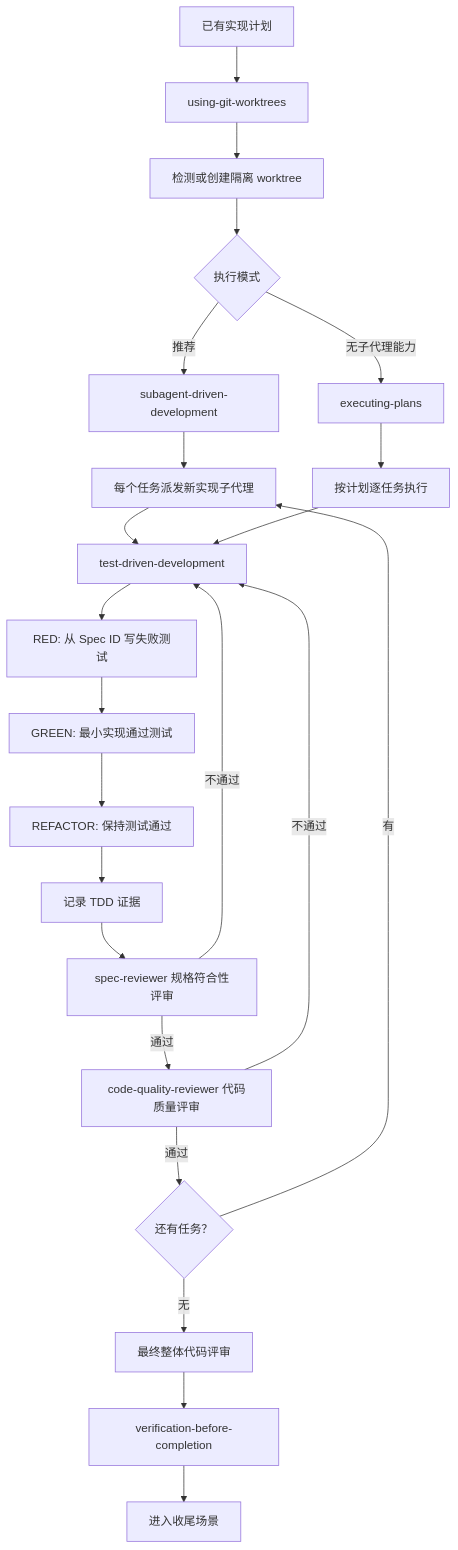
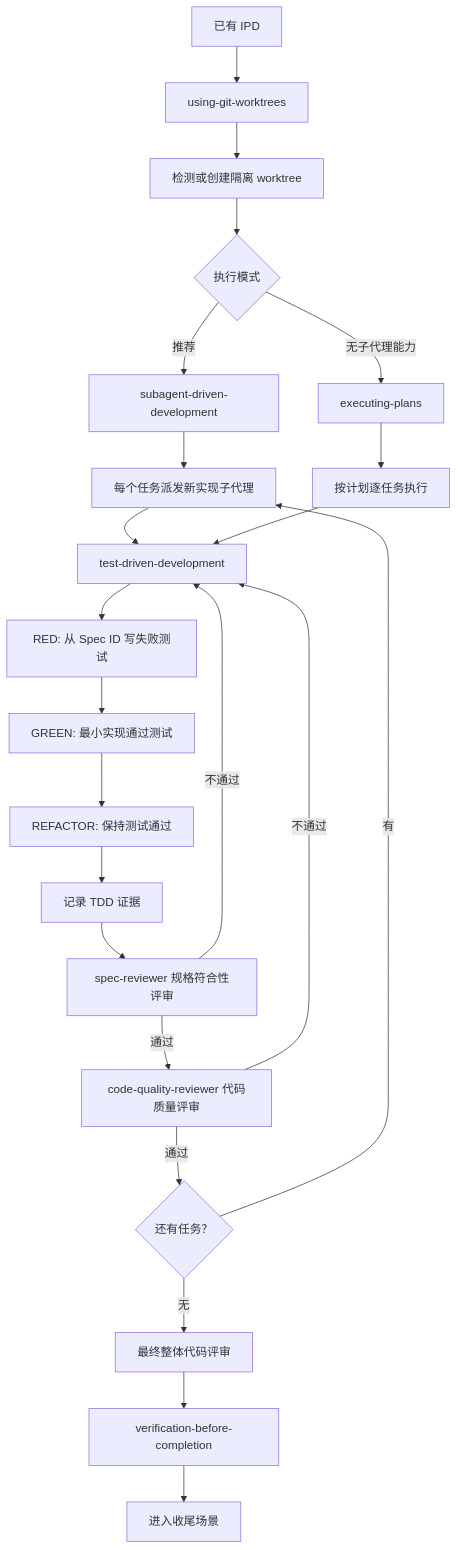
One commit to Vincen-dev/coding-plugins changed the fourth of 11 diagrams in docs/workflow-chain.md. Above: the diagram before and after it, drawn with Mermaid. The commit also changed other lines of this file and 11 other files, not shown here.

````diff
--- a/docs/workflow-chain.md
+++ b/docs/workflow-chain.md
@@ -210,25 +210,25 @@
 ```mermaid
 flowchart TD
-  A["已有实现计划"] --> B["using-git-worktrees"]
+  A["已有 IPD"] --> B["using-git-worktrees"]
   B --> C["检测或创建隔离 worktree"]
   C --> D{"执行模式"}
   D -->|推荐| E["subagent-driven-development"]
   D -->|无子代理能力| F["executing-plans"]
   E --> G["每个任务派发新实现子代理"]
   F --> H["按计划逐任务执行"]
   G --> I["test-driven-development"]
   H --> I
   I --> J["RED: 从 Spec ID 写失败测试"]
   J --> K["GREEN: 最小实现通过测试"]
   K --> L["REFACTOR: 保持测试通过"]
   L --> EVIDENCE["记录 TDD 证据"]
   EVIDENCE --> M["spec-reviewer 规格符合性评审"]
   M -->|不通过| I
   M -->|通过| N["code-quality-reviewer 代码质量评审"]
   N -->|不通过| I
   N -->|通过| O{"还有任务？"}
   O -->|有| G
   O -->|无| P["最终整体代码评审"]
   P --> Q["verification-before-completion"]
   Q --> R["进入收尾场景"]
 ```
````
